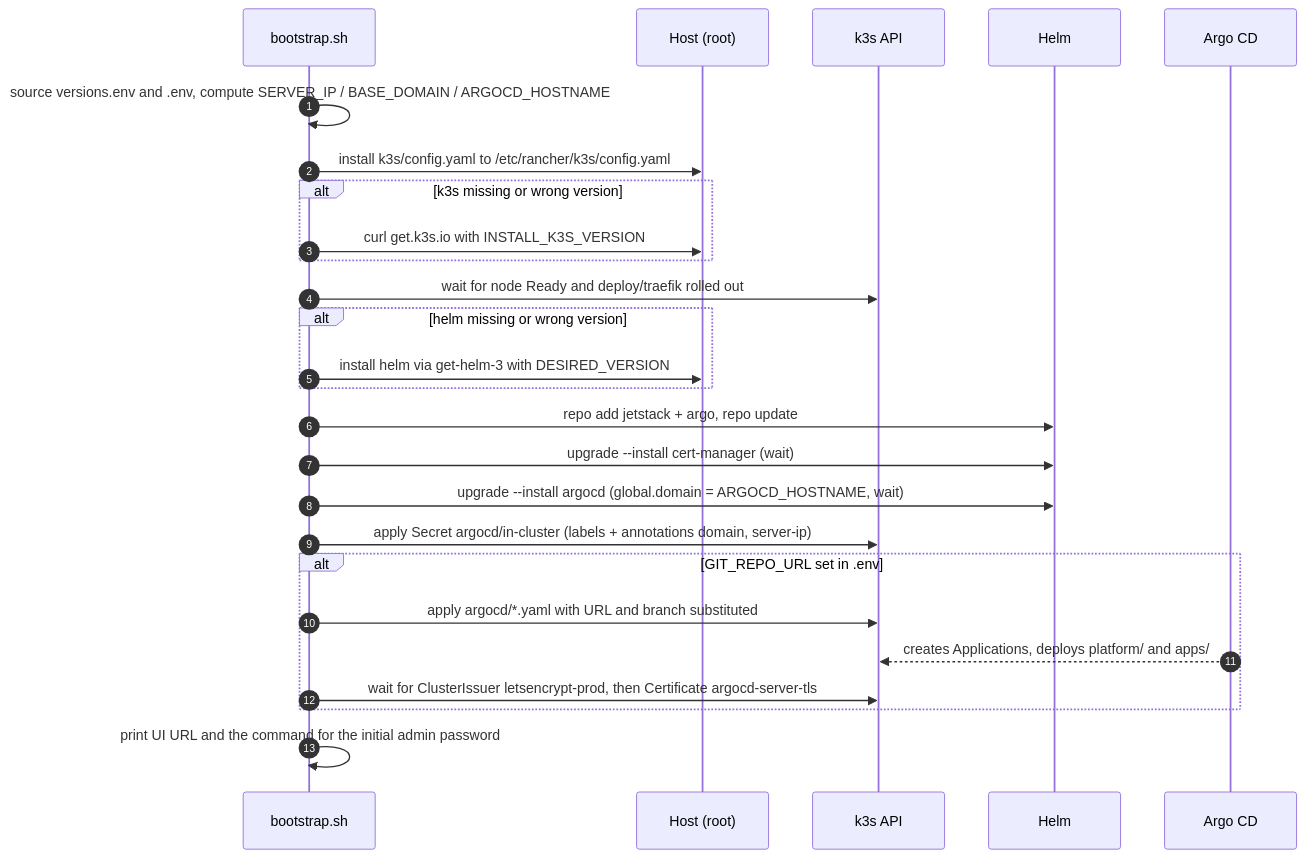
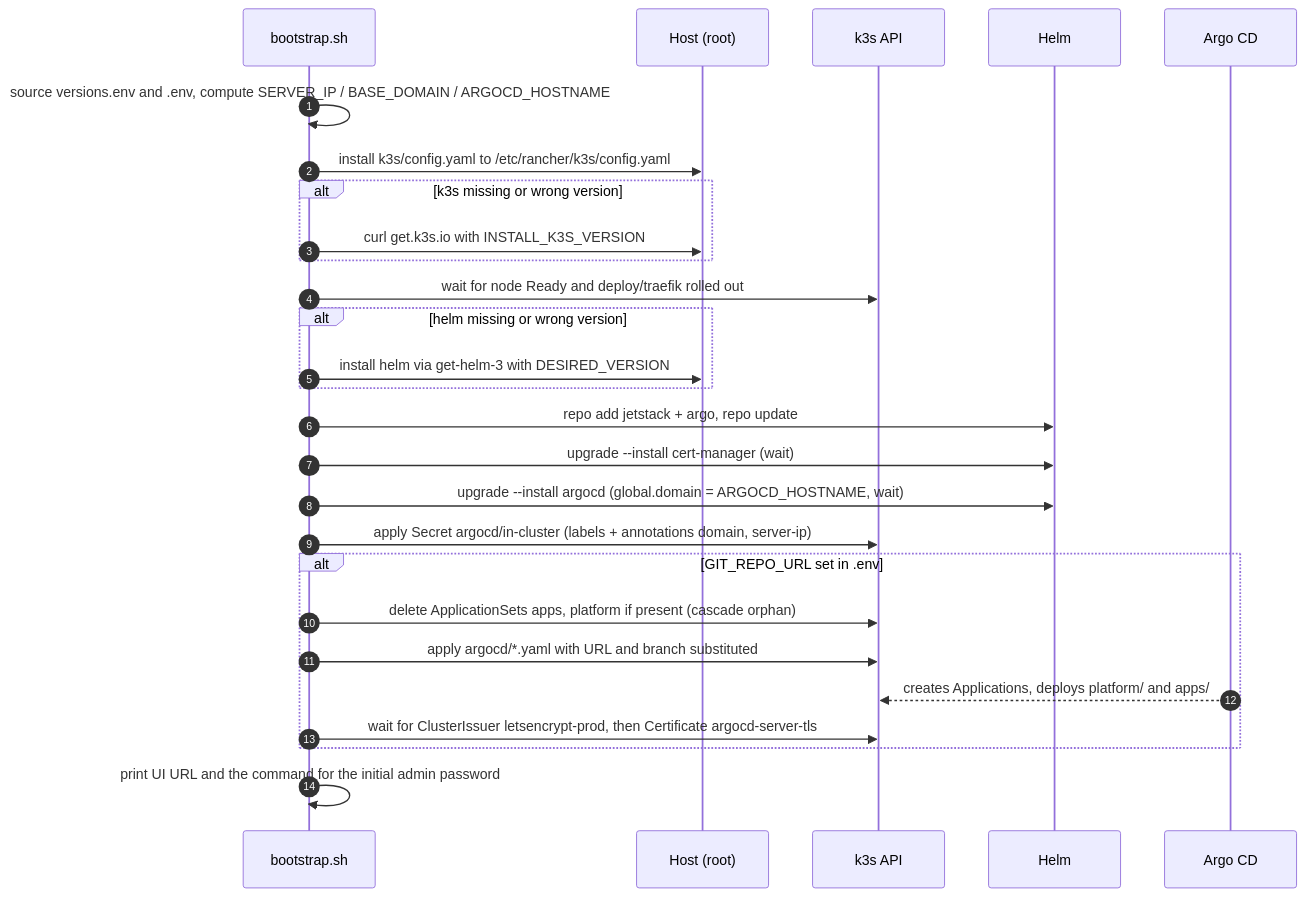
One commit to Elouel/homelab changed the diagram in docs/bootstrap.md. Above: the diagram before and after it, drawn with Mermaid. The commit also changed other lines of this file and 29 other files, not shown here.

````diff
--- a/docs/bootstrap.md
+++ b/docs/bootstrap.md
@@ -21,28 +40,29 @@
 ```mermaid
 sequenceDiagram
   autonumber
   participant B as bootstrap.sh
   participant H as Host (root)
   participant K as k3s API
   participant HR as Helm
   participant A as Argo CD
   B->>B: source versions.env and .env, compute SERVER_IP / BASE_DOMAIN / ARGOCD_HOSTNAME
   B->>H: install k3s/config.yaml to /etc/rancher/k3s/config.yaml
   alt k3s missing or wrong version
     B->>H: curl get.k3s.io with INSTALL_K3S_VERSION
   end
   B->>K: wait for node Ready and deploy/traefik rolled out
   alt helm missing or wrong version
     B->>H: install helm via get-helm-3 with DESIRED_VERSION
   end
   B->>HR: repo add jetstack + argo, repo update
   B->>HR: upgrade --install cert-manager (wait)
   B->>HR: upgrade --install argocd (global.domain = ARGOCD_HOSTNAME, wait)
   B->>K: apply Secret argocd/in-cluster (labels + annotations domain, server-ip)
   alt GIT_REPO_URL set in .env
+    B->>K: delete ApplicationSets apps, platform if present (cascade orphan)
     B->>K: apply argocd/*.yaml with URL and branch substituted
     A-->>K: creates Applications, deploys platform/ and apps/
     B->>K: wait for ClusterIssuer letsencrypt-prod, then Certificate argocd-server-tls
   end
   B->>B: print UI URL and the command for the initial admin password
 ```
````
